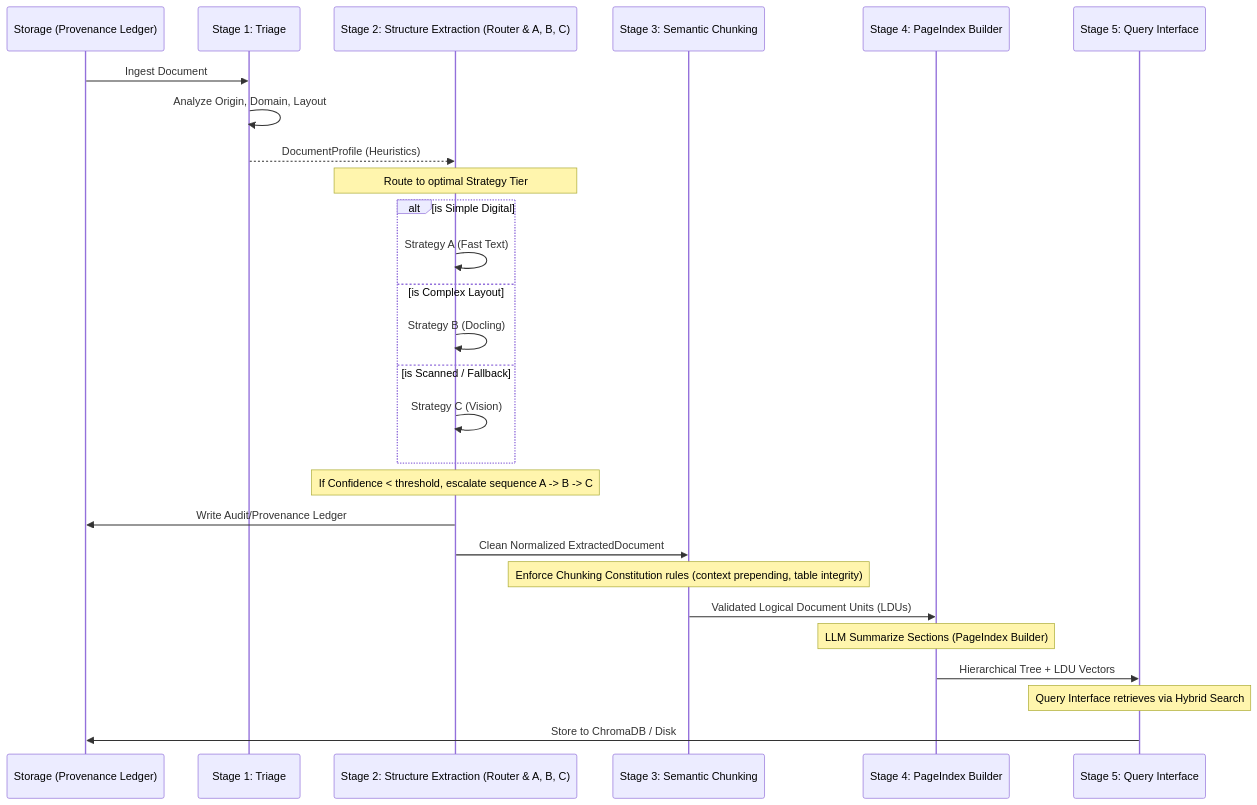
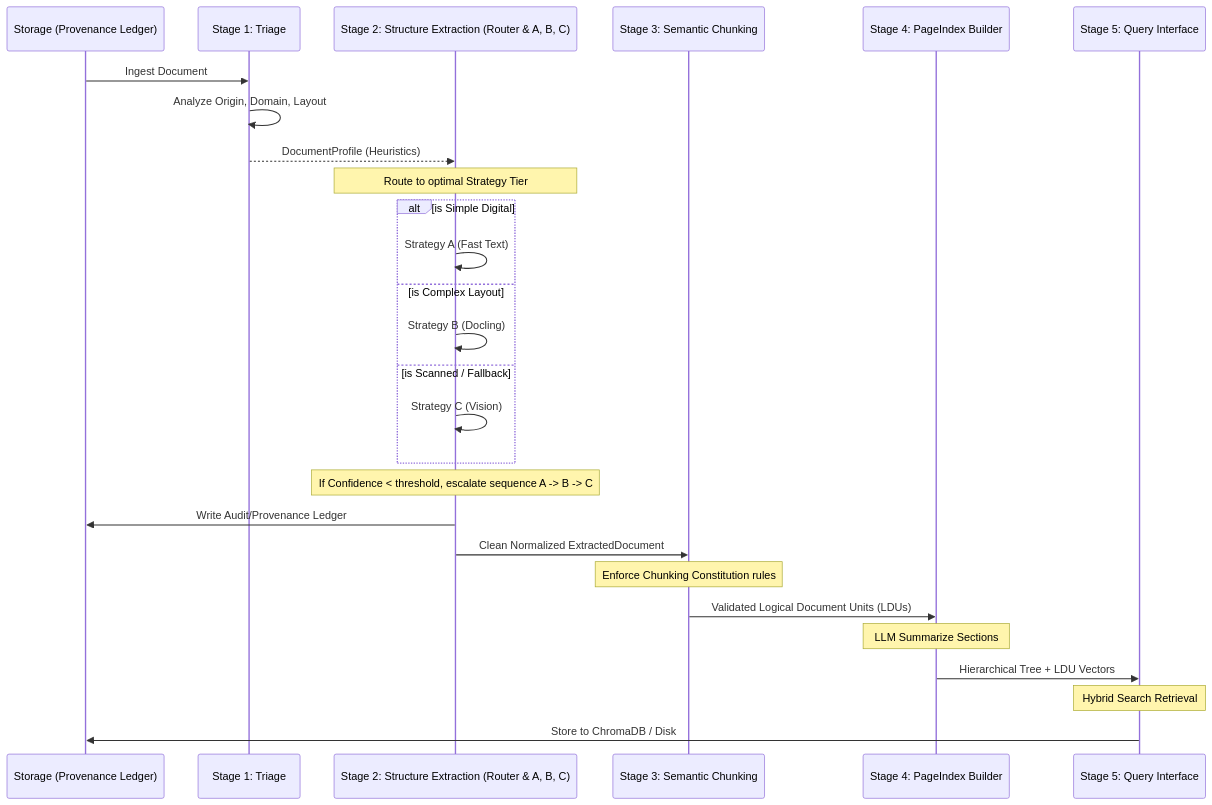
Before and after one commit to richh-s/document_intelligence_refinery: the second of 2 diagrams in final_project_report.md, drawn with Mermaid.

Commit message:
docs: update sequence diagram in final_project_report.md

````diff
--- a/final_project_report.md
+++ b/final_project_report.md
@@ -129,38 +129,38 @@
 ```mermaid
 sequenceDiagram
     participant S as Storage (Provenance Ledger)
     participant T as Stage 1: Triage
     participant EX as Stage 2: Structure Extraction (Router & A, B, C)
     participant C as Stage 3: Semantic Chunking
     participant P as Stage 4: PageIndex Builder
     participant Q as Stage 5: Query Interface
 
     S->>T: Ingest Document
     T->>T: Analyze Origin, Domain, Layout
     T-->>EX: DocumentProfile (Heuristics)
     
     Note over EX: Route to optimal Strategy Tier
     
     alt is Simple Digital
         EX->>EX: Strategy A (Fast Text)
     else is Complex Layout
         EX->>EX: Strategy B (Docling)
     else is Scanned / Fallback
         EX->>EX: Strategy C (Vision)
     end
     
     Note over EX: If Confidence < threshold, escalate sequence A -> B -> C
     
     EX->>S: Write Audit/Provenance Ledger
     EX->>C: Clean Normalized ExtractedDocument
     
-    Note over C: Enforce Chunking Constitution rules (context prepending, table integrity)
+    Note over C: Enforce Chunking Constitution rules
     
     C->>P: Validated Logical Document Units (LDUs)
     
-    Note over P: LLM Summarize Sections (PageIndex Builder)
+    Note over P: LLM Summarize Sections
     P->>Q: Hierarchical Tree + LDU Vectors
     
-    Note over Q: Query Interface retrieves via Hybrid Search
+    Note over Q: Hybrid Search Retrieval
     Q->>S: Store to ChromaDB / Disk
 ```
````
